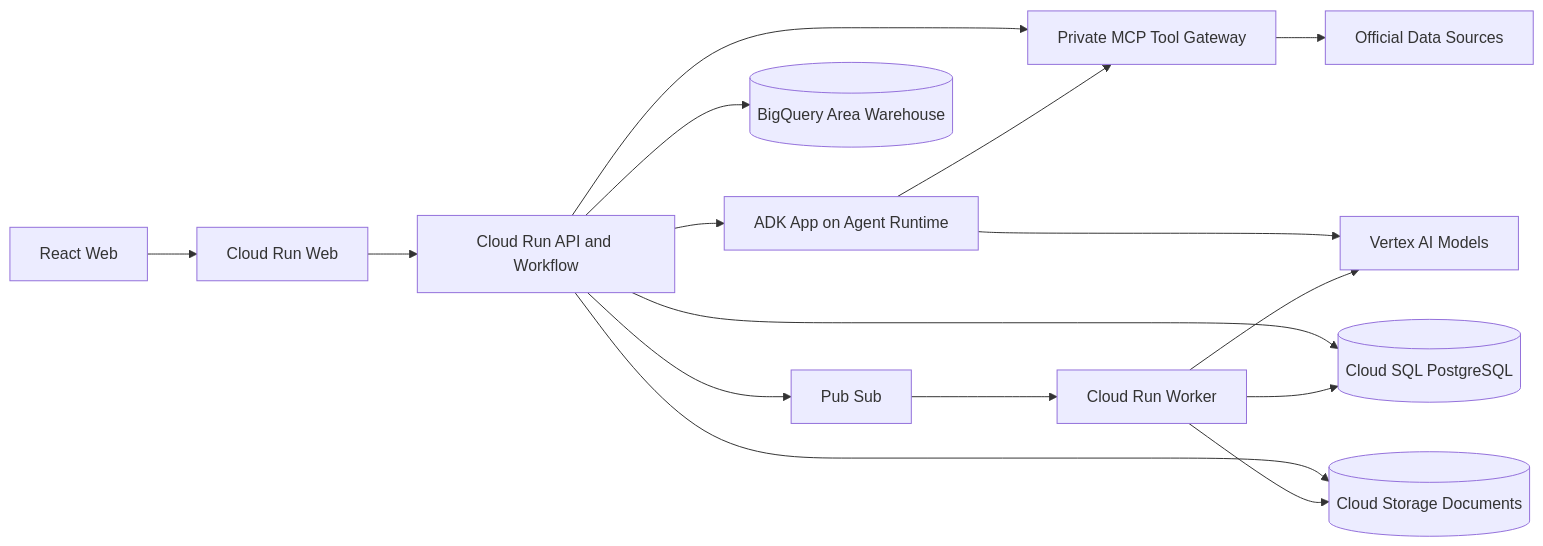
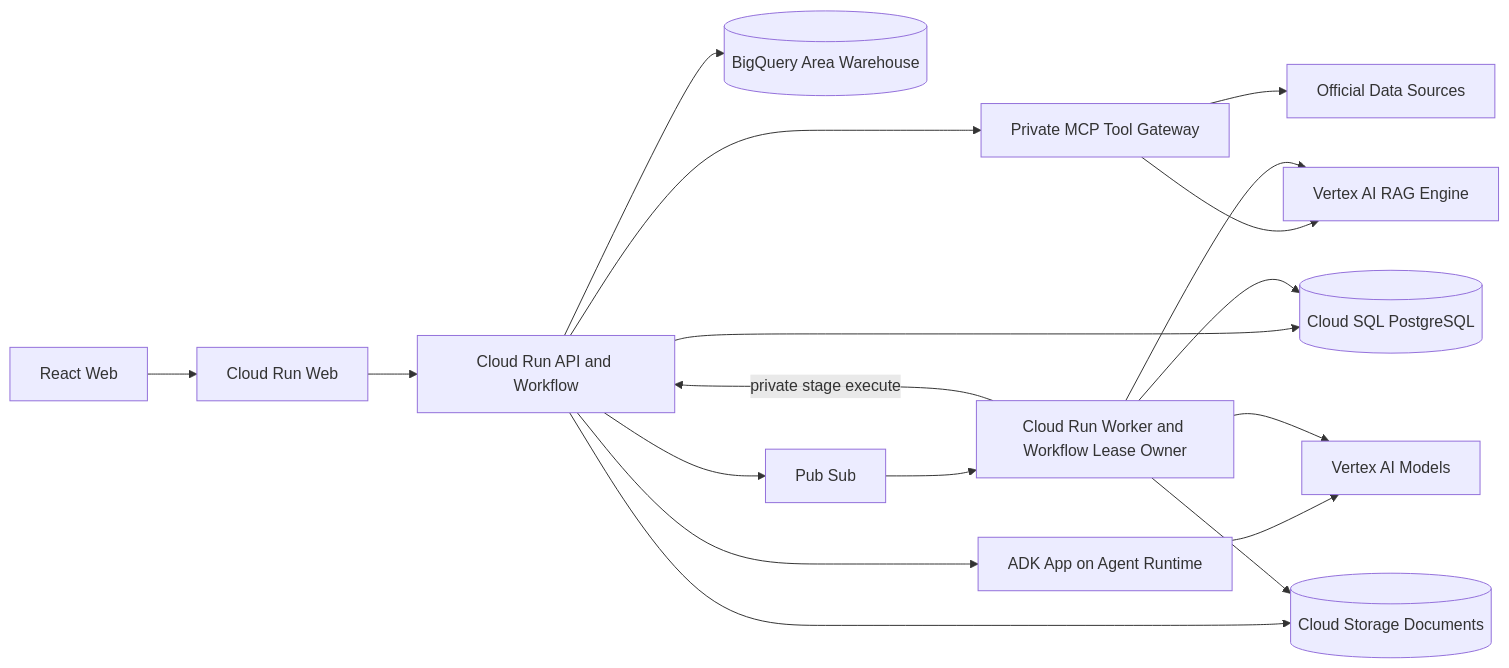
Before and after one commit to ai-bootcamp-team4/CaffeMate: the diagram in docs/architecture/system-architecture.md, drawn with Mermaid. The commit also changed other lines of this file and 20 other files, not shown here.

````diff
--- a/docs/architecture/system-architecture.md
+++ b/docs/architecture/system-architecture.md
@@ -35,18 +36,20 @@
 ```mermaid
 flowchart LR
     web[React Web] --> webRun[Cloud Run Web]
     webRun --> api[Cloud Run API and Workflow]
     api --> agents[ADK App on Agent Runtime]
     api --> mcp[Private MCP Tool Gateway]
-    agents --> mcp
+    mcp --> rag[Vertex AI RAG Engine]
     api --> postgres[(Cloud SQL PostgreSQL)]
     api --> warehouse[(BigQuery Area Warehouse)]
     api --> storage[(Cloud Storage Documents)]
     api --> pubsub[Pub Sub]
-    pubsub --> worker[Cloud Run Worker]
+    pubsub --> worker[Cloud Run Worker and Workflow Lease Owner]
+    worker -->|private stage execute| api
     worker --> postgres
     worker --> storage
+    worker --> rag
     agents --> vertex[Vertex AI Models]
     worker --> vertex
     mcp --> official[Official Data Sources]
 ```
````
